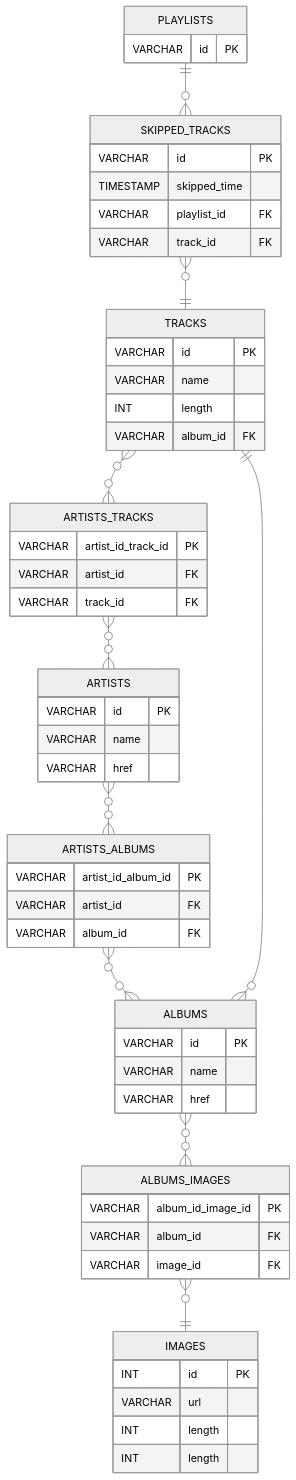
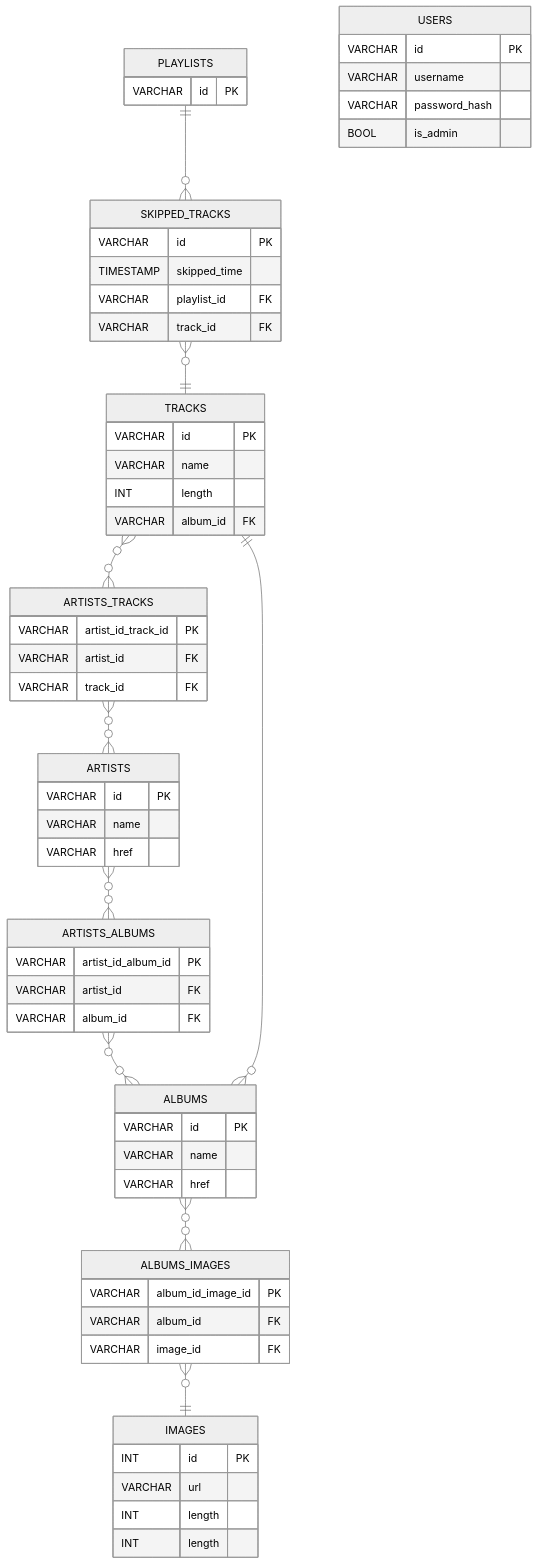
One commit to paulmccarron/spotify-playlist-janitor changed the diagram in docs/entity-relationship-diagram.md. Above: the diagram before and after it, drawn with Mermaid. The commit also changed 32 other files, not shown here.

````diff
--- a/docs/entity-relationship-diagram.md
+++ b/docs/entity-relationship-diagram.md
@@ -5,68 +5,75 @@
 ``` mermaid
 %%{init: {'theme':'neutral'}}%%
 erDiagram
     PLAYLISTS ||--o{ SKIPPED_TRACKS : ""
     SKIPPED_TRACKS }o--|| TRACKS : ""
     TRACKS }o--o{ ARTISTS_TRACKS : ""
     ARTISTS_TRACKS }o--o{ ARTISTS : ""
     ARTISTS }o--o{ ARTISTS_ALBUMS : ""
     ARTISTS_ALBUMS }o--o{ ALBUMS : ""
     TRACKS ||--o{ ALBUMS : ""
     ALBUMS }o--o{ ALBUMS_IMAGES : ""
     ALBUMS_IMAGES }o--|| IMAGES : ""
 
     PLAYLISTS {
         VARCHAR id PK
     }
 
     ARTISTS {
         VARCHAR id PK
         VARCHAR name
         VARCHAR href
     }
 
     ALBUMS {
         VARCHAR id PK
         VARCHAR name
         VARCHAR href
     }
 
     TRACKS {
         VARCHAR id PK
         VARCHAR name
         INT length
         VARCHAR album_id FK
     }
 
     IMAGES {
         INT id PK
         VARCHAR url
         INT length
         INT length
     }
 
     ARTISTS_ALBUMS {
         VARCHAR artist_id_album_id PK
         VARCHAR artist_id FK
         VARCHAR album_id FK
     }
 
     ARTISTS_TRACKS {
         VARCHAR artist_id_track_id PK
         VARCHAR artist_id FK
         VARCHAR track_id FK
     }
 
     ALBUMS_IMAGES {
         VARCHAR album_id_image_id PK
         VARCHAR album_id FK
         VARCHAR image_id FK
     }
     
     SKIPPED_TRACKS {
         VARCHAR id PK
         TIMESTAMP skipped_time
         VARCHAR playlist_id FK
         VARCHAR track_id FK
     }
+    
+    USERS {
+        VARCHAR id PK
+        VARCHAR username
+        VARCHAR password_hash
+        BOOL is_admin
+    }
 ```
````
